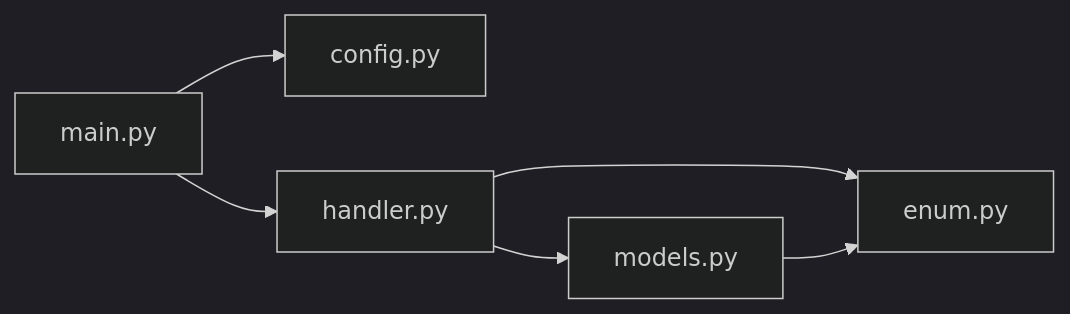
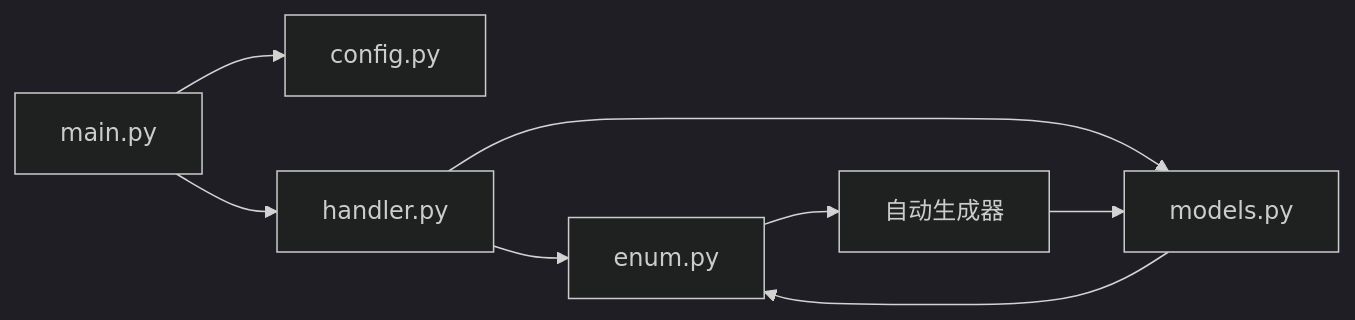
The ninth of 9 diagrams in .qoder/repowiki/zh/content/API参考/枚举类型.md (laowumdzz/Blive-Bot), drawn with Mermaid (dark theme) before and after one commit. The commit also changed other lines of this file and 12 other files, not shown here.

````diff
--- a/.qoder/repowiki/zh/content/API参考/枚举类型.md
+++ b/.qoder/repowiki/zh/content/API参考/枚举类型.md
@@ -272,8 +340,10 @@
 ```mermaid
 graph LR
 Main["main.py"] --> Config["config.py"]
 Main --> Handler["handler.py"]
 Handler --> Enum["enum.py"]
 Models["models.py"] --> Enum
 Handler --> Models
+Enum --> AutoGen["自动生成器"]
+AutoGen --> Models
 ```
````
